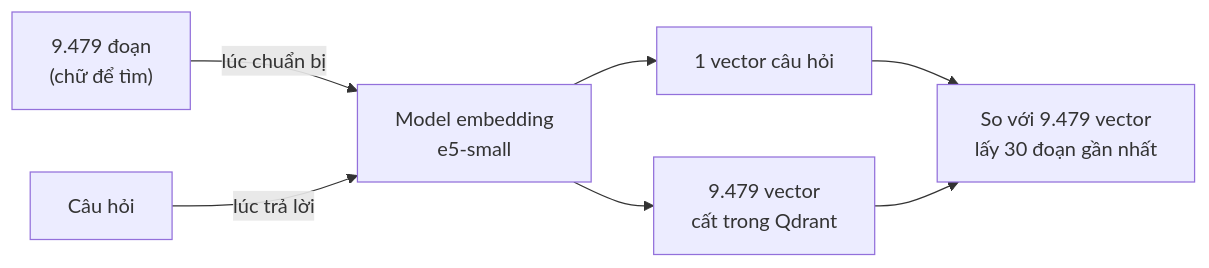
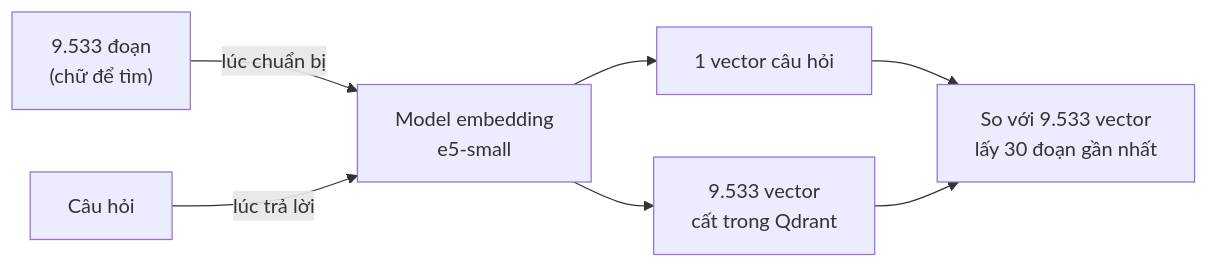
The diagram in bai_hoc/giao_trinh/10_EMBEDDING.md (Sunny-sunnyy/chatbot-hue), drawn with Mermaid before and after one commit. The commit also changed other lines of this file and 22 other files, not shown here.

````diff
--- a/bai_hoc/giao_trinh/10_EMBEDDING.md
+++ b/bai_hoc/giao_trinh/10_EMBEDDING.md
@@ -53,9 +53,9 @@
 ```mermaid
 flowchart LR
-  A["9.479 đoạn<br/>(chữ để tìm)"] -->|"lúc chuẩn bị"| M["Model embedding<br/>e5-small"]
-  M --> V["9.479 vector<br/>cất trong Qdrant"]
+  A["9.533 đoạn<br/>(chữ để tìm)"] -->|"lúc chuẩn bị"| M["Model embedding<br/>e5-small"]
+  M --> V["9.533 vector<br/>cất trong Qdrant"]
   Q["Câu hỏi"] -->|"lúc trả lời"| M
   M --> QV["1 vector câu hỏi"]
-  QV --> S["So với 9.479 vector<br/>lấy 30 đoạn gần nhất"]
+  QV --> S["So với 9.533 vector<br/>lấy 30 đoạn gần nhất"]
   V --> S
 ```
````
